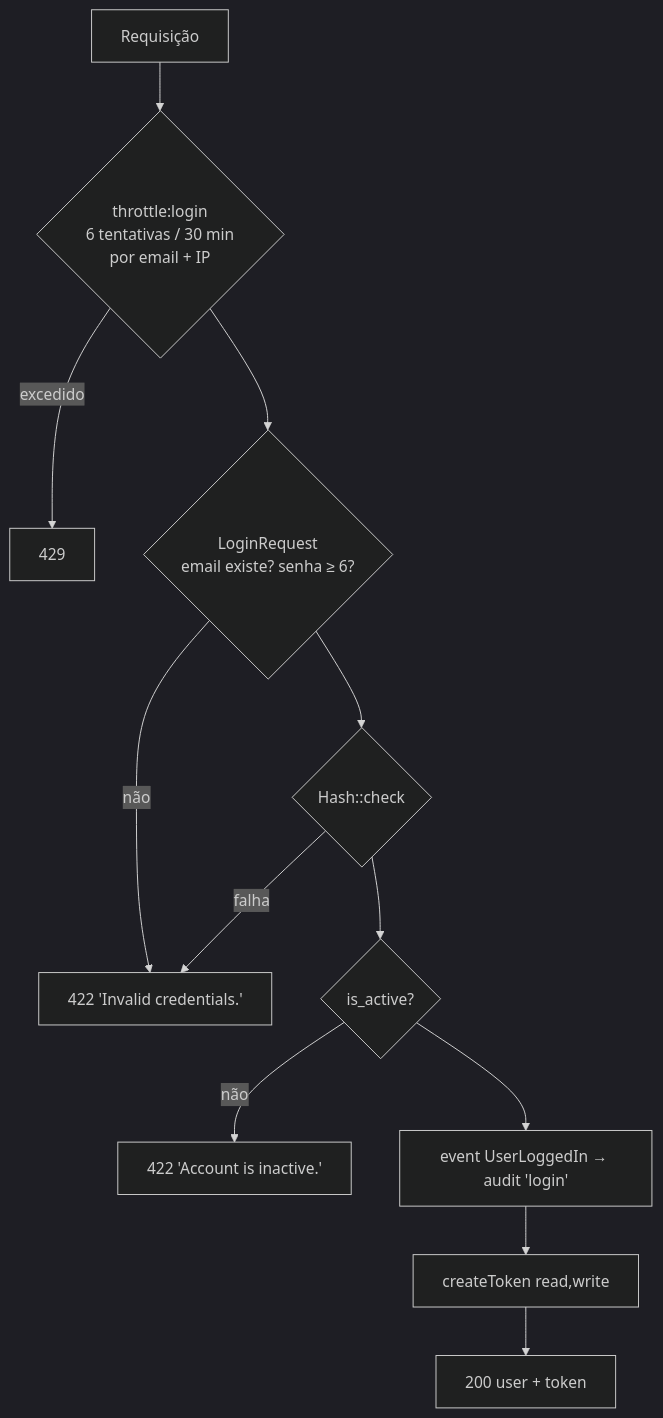
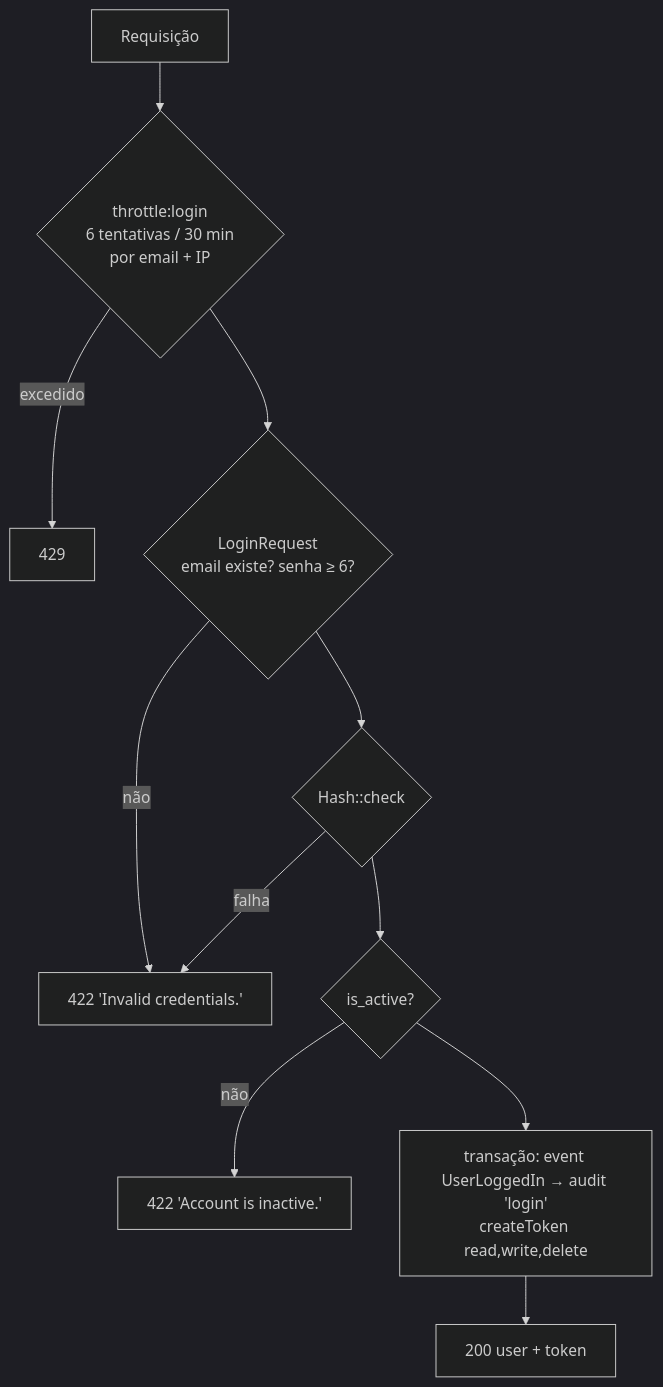
The diagram in docs/security/authentication.md (RafaSantos04/NAPI), drawn with Mermaid (dark theme) before and after one commit. The commit also changed other lines of this file and 26 other files, not shown here.

Commit message:
docs(security): registra Fase 3.2 com ADR-0008 de autorização em camadas, supersede ADR-0004/0006 e atualiza findings, threat model, invariantes, API e schema

````diff
--- a/docs/security/authentication.md
+++ b/docs/security/authentication.md
@@ -19,14 +19,13 @@
 ```mermaid
 flowchart TD
     A[Requisição] --> B{throttle:login<br/>6 tentativas / 30 min<br/>por email + IP}
     B -- excedido --> Z1[429]
     B --> C{LoginRequest<br/>email existe? senha ≥ 6?}
     C -- não --> Z2[422 'Invalid credentials.']
     C --> D{Hash::check}
     D -- falha --> Z2
     D --> E{is_active?}
     E -- não --> Z3[422 'Account is inactive.']
-    E --> F[event UserLoggedIn → audit 'login']
-    F --> G[createToken read,write]
-    G --> H[200 user + token]
+    E --> F[transação: event UserLoggedIn → audit 'login'<br/>createToken read,write,delete]
+    F --> H[200 user + token]
 ```
````
